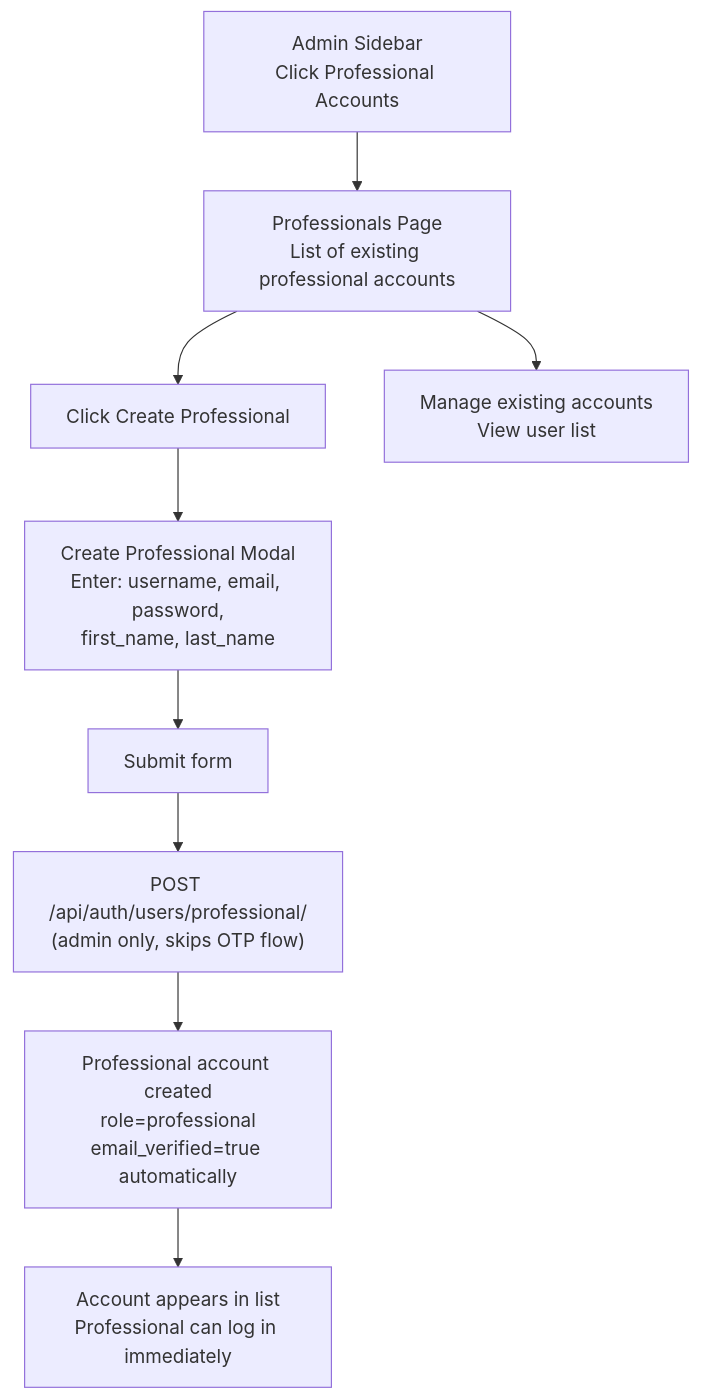
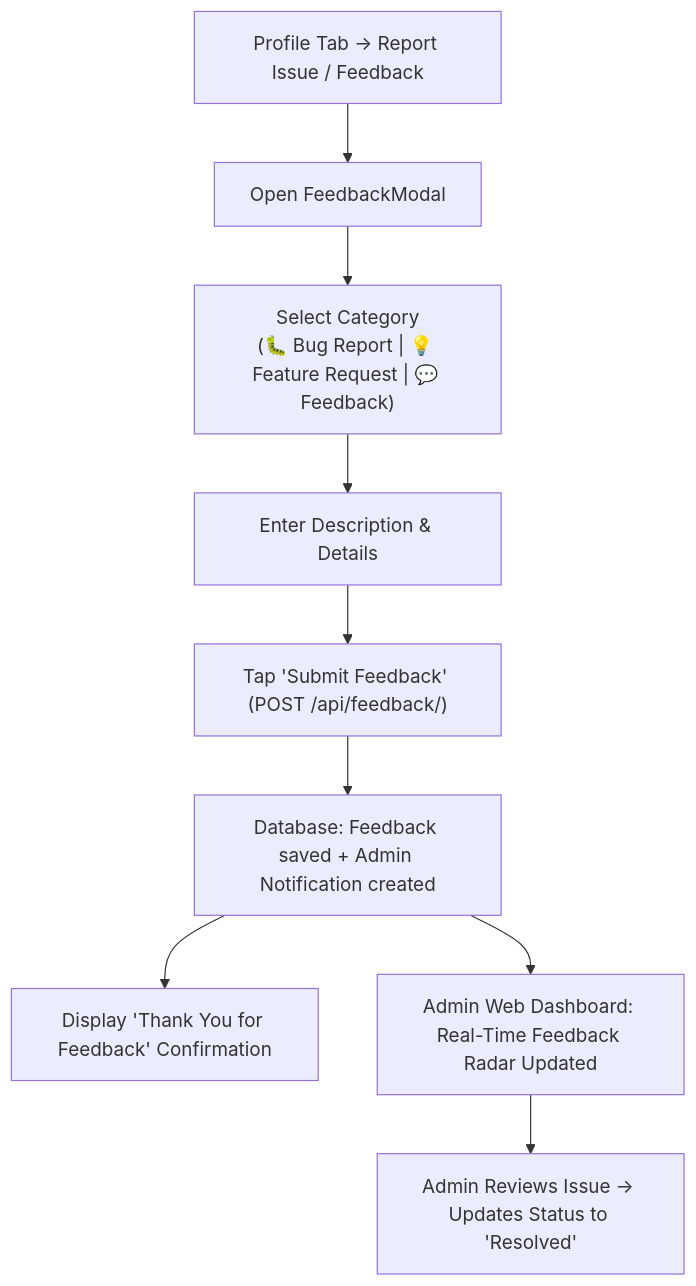
One commit to Cipher-Syntax/ARQuest changed the sixth of 6 diagrams in user-flow.md. Above: the diagram before and after it, drawn with Mermaid. The commit also changed other lines of this file and 10 other files, not shown here.

Commit message:
feat(web): redesign Admin Dashboard with real-time KPIs, foot traffic charts, and content coverage; synchronize all 9 system architecture docs

````diff
--- a/user-flow.md
+++ b/user-flow.md
@@ -275,17 +153,15 @@
 ```mermaid
 flowchart TD
-    SIDEBAR["Admin Sidebar\nClick Professional Accounts"]
+    USER_ACTION["Profile Tab → Report Issue / Feedback"]
+    USER_ACTION --> MODAL["Open FeedbackModal"]
 
-    SIDEBAR --> PROF_PAGE["Professionals Page\nList of existing professional accounts"]
+    MODAL --> SELECT_TYPE["Select Category\n(🐛 Bug Report | 💡 Feature Request | 💬 Feedback)"]
+    SELECT_TYPE --> INPUT_DESC["Enter Description & Details"]
+    INPUT_DESC --> SUBMIT["Tap 'Submit Feedback' (POST /api/feedback/)"]
 
-    PROF_PAGE --> CREATE_BTN["Click Create Professional"]
-    CREATE_BTN --> MODAL["Create Professional Modal\nEnter: username, email, password,\nfirst_name, last_name"]
+    SUBMIT --> DB_NOTIF["Database: Feedback saved + Admin Notification created"]
+    DB_NOTIF --> USER_ALERT["Display 'Thank You for Feedback' Confirmation"]
 
-    MODAL --> SUBMIT["Submit form"]
-    SUBMIT --> API["POST /api/auth/users/professional/\n(admin only, skips OTP flow)"]
-    API --> CREATED["Professional account created\nrole=professional\nemail_verified=true automatically"]
-
-    CREATED --> LIST_UPDATE["Account appears in list\nProfessional can log in immediately"]
-
-    PROF_PAGE --> MANAGE["Manage existing accounts\nView user list"]
+    DB_NOTIF --> ADMIN_RADAR["Admin Web Dashboard: Real-Time Feedback Radar Updated"]
+    ADMIN_RADAR --> ADMIN_RESOLVE["Admin Reviews Issue → Updates Status to 'Resolved'"]
 ```
````
